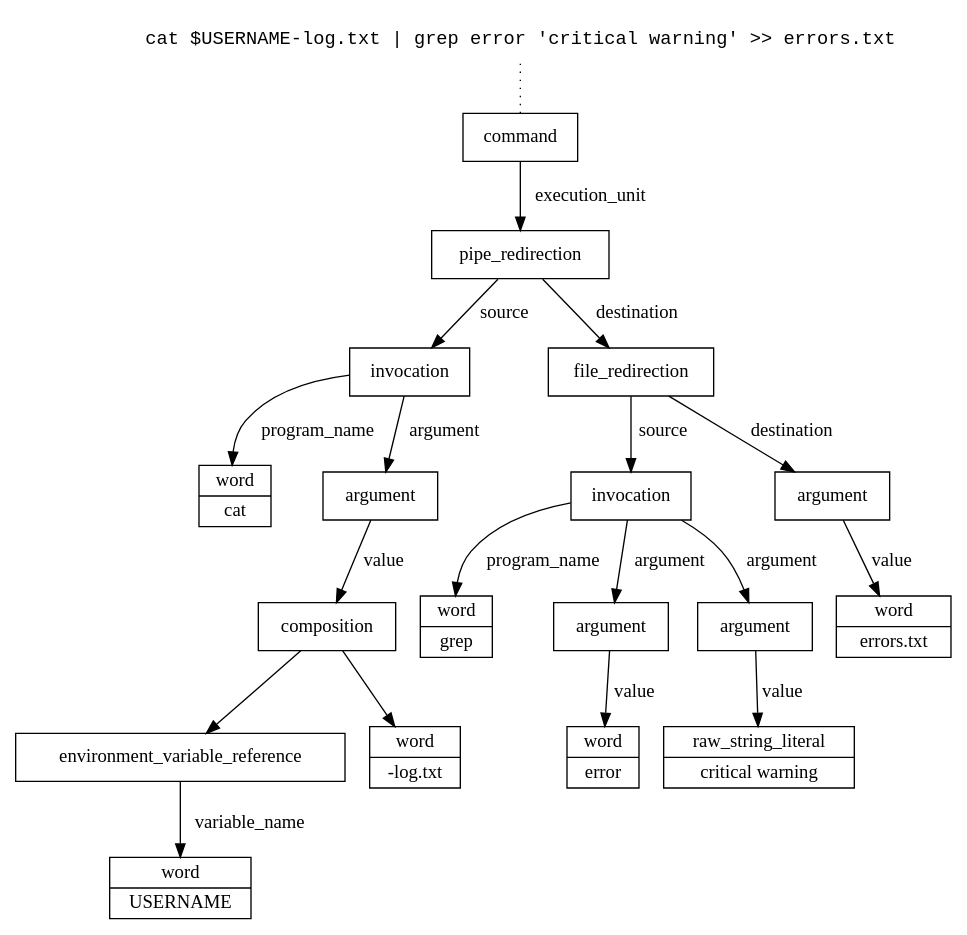
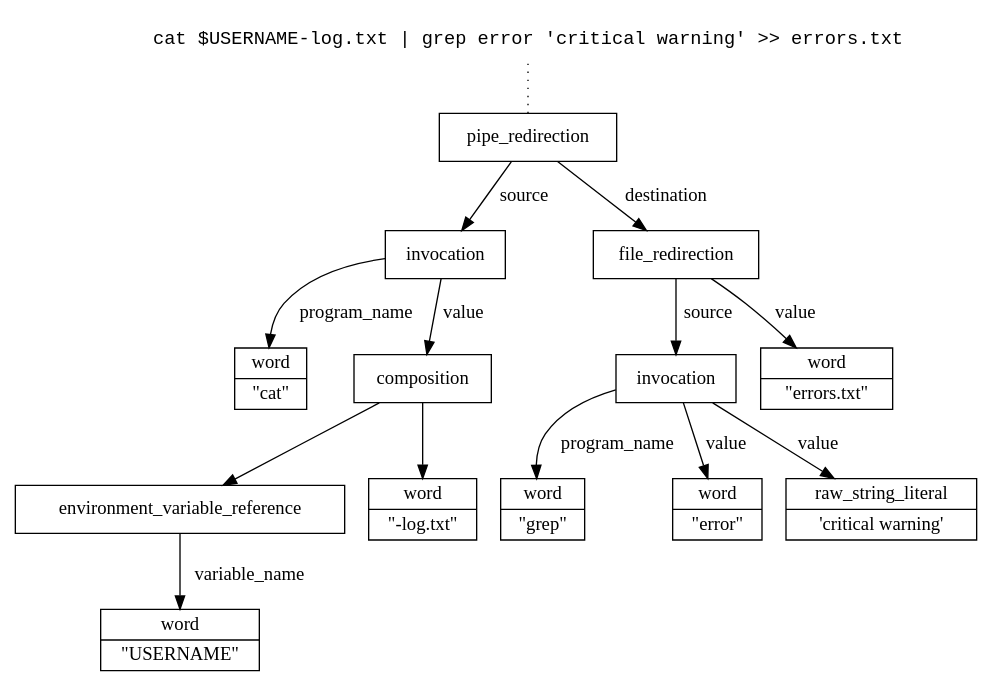
One commit to exesaLigno/farSH changed the diagram in include/syntax/examples/simple_pipe_redirection.dot. Above: the diagram before and after it, drawn with Graphviz.

Commit message:
Example reworked to fit current tree principles

```diff
--- a/include/syntax/examples/simple_pipe_redirection.dot
+++ b/include/syntax/examples/simple_pipe_redirection.dot
@@ -1,54 +1,44 @@
 digraph G {
     dummy [shape=none; fontname="Courier"; label="cat $USERNAME-log.txt | grep error 'critical warning' >> errors.txt"]
     
-    command [shape=record]
     pipe_redirection [shape=record]
 
     program1 [shape=record; label="invocation"]
-    word1 [shape=record; label="{word | cat}"]
-    argument1 [shape=record; label="argument"]
+    word1 [shape=record; label="{word | \"cat\"}"]
     composition1 [shape=record; label="composition"]
     envref1 [shape=record; label="environment_variable_reference"]
-    word2 [shape=record; label="{word | USERNAME}"]
-    word3 [shape=record; label="{word | -log.txt}"]
+    word2 [shape=record; label="{word | \"USERNAME\"}"]
+    word3 [shape=record; label="{word | \"-log.txt\"}"]
 
     program2 [shape=record; label="invocation"]
-    word4 [shape=record; label="{word | grep}"]
-    argument2 [shape=record; label="argument"]
-    word5 [shape=record; label="{word | error}"]
-    argument3 [shape=record; label="argument"]
-    rawstring [shape=record; label="{raw_string_literal | critical warning}"]
+    word4 [shape=record; label="{word | \"grep\"}"]
+    word5 [shape=record; label="{word | \"error\"}"]
+    rawstring [shape=record; label="{raw_string_literal | \'critical warning\'}"]
 
     file_redirection [shape=record]
-    argument4 [shape=record; label="argument"]
-    word6 [shape=record; label="{word | errors.txt}"]
+    word6 [shape=record; label="{word | \"errors.txt\"}"]
     
-    dummy->command [style="dotted", arrowhead="none"]
+    dummy->pipe_redirection [style="dotted", arrowhead="none"]
     
-    command -> pipe_redirection [label="execution_unit"]
     pipe_redirection -> program1 [label="source"]
     program1 -> word1 [label="program_name"]
-    program1 -> argument1 [label="argument"]
-    argument1 -> composition1 [label="value"]
+    program1 -> composition1 [label="value"]
     composition1 -> envref1
     envref1 -> word2 [label="variable_name"]
     composition1 -> word3
 
     pipe_redirection -> file_redirection [label="destination"]
     file_redirection -> program2 [label="source"]
     program2 -> word4 [label="program_name"]
-    program2 -> argument2 [label="argument"]
-    argument2 -> word5 [label="value"]
-    program2 -> argument3 [label="argument"]
-    argument3 -> rawstring [label="value"]
-    file_redirection -> argument4 [label="destination"]
-    argument4 -> word6 [label="value"]
+    program2 -> word5 [label="value"]
+    program2 -> rawstring [label="value"]
+    file_redirection -> word6 [label="value"]
     // command -> pipe_redirection
     // pipe_redirection -> program1 [label="source"]
     // pipe_redirection -> file_redirection [label="destination"]
     // file_redirection -> program2 [label="source"]
     // file_redirection -> argument4 [label="destination"]
     // program1 -> argument1
     // program2 -> argument2
     // program2 -> argument3
 }
```
